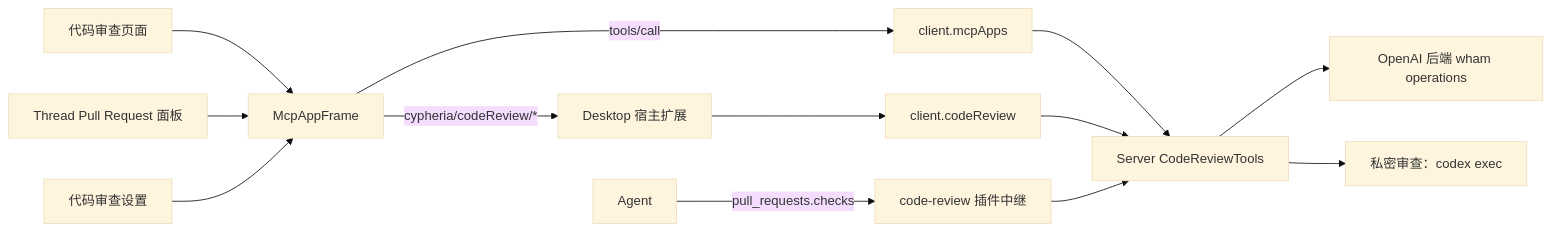
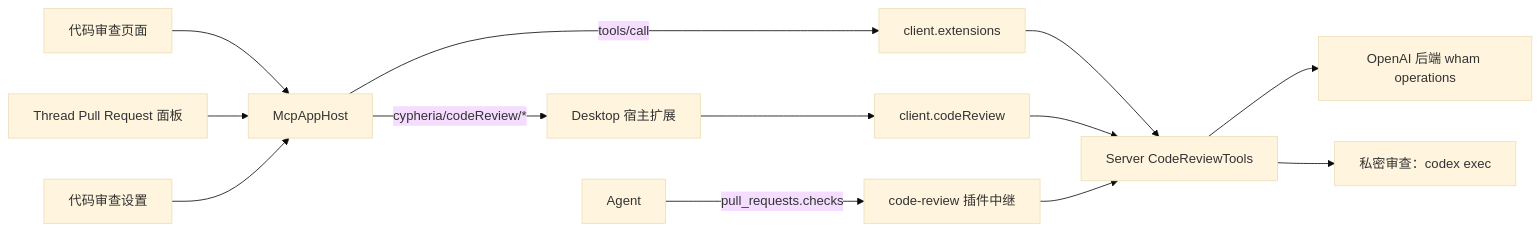
Before and after one commit to cypheriaweb3/cypheria: the diagram in docs/code-review.zh-CN.md, drawn with Mermaid (base theme). The commit also changed other lines of this file and 138 other files, not shown here.

````diff
--- a/docs/code-review.zh-CN.md
+++ b/docs/code-review.zh-CN.md
@@ -21,15 +21,15 @@
 ```mermaid
 flowchart LR
-  Page[代码审查页面] --> Frame[McpAppFrame]
+  Page[代码审查页面] --> Frame[McpAppHost]
   Panel[Thread Pull Request 面板] --> Frame
   Settings[代码审查设置] --> Frame
-  Frame -->|tools/call| Client[client.mcpApps]
+  Frame -->|tools/call| Client[client.extensions]
   Frame -->|cypheria/codeReview/*| Host[Desktop 宿主扩展]
   Host --> CR[client.codeReview]
   Client --> Server[Server CodeReviewTools]
   CR --> Server
   Agent[Agent] -->|pull_requests.checks| Relay[code-review 插件中继]
   Relay --> Server
   Server --> Backend[OpenAI 后端 wham operations]
   Server --> Private[私密审查：codex exec]
 ```
````
